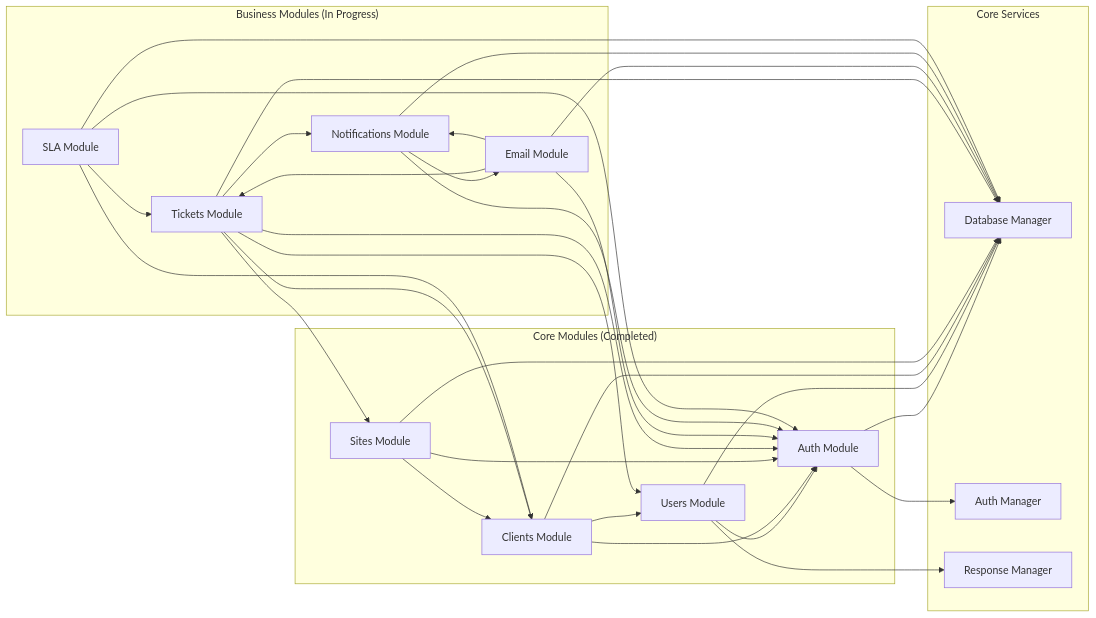
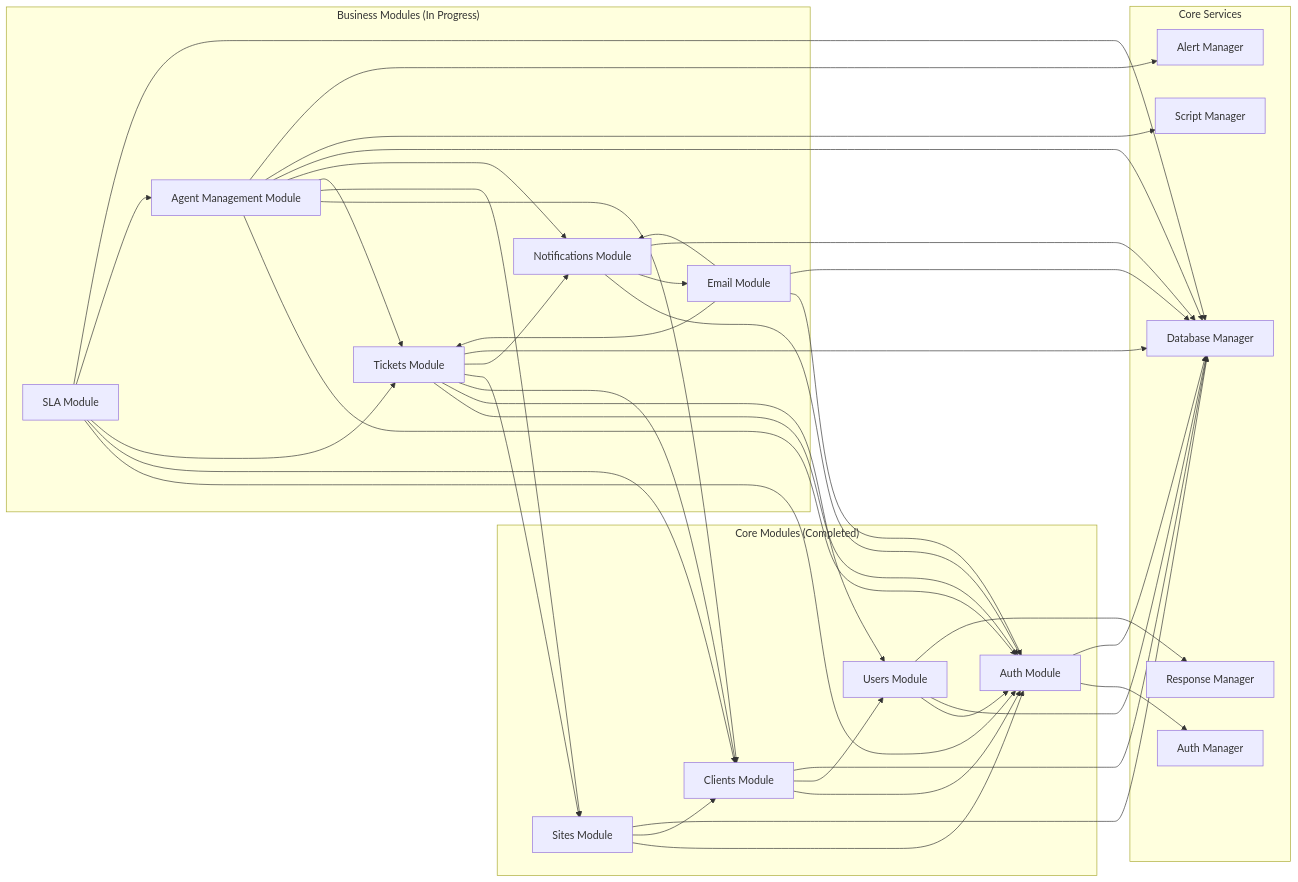
The second of 13 diagrams in LANET_HELPDESK_V3_SYSTEM_ARCHITECTURE.md (screege/lanet-helpdesk-modular), drawn with Mermaid before and after one commit. The commit also changed other lines of this file, not shown here.

First line of the commit message:
docs: Add comprehensive Agent System Architecture to documentation

````diff
--- a/LANET_HELPDESK_V3_SYSTEM_ARCHITECTURE.md
+++ b/LANET_HELPDESK_V3_SYSTEM_ARCHITECTURE.md
@@ -110,58 +137,71 @@
 ```mermaid
 graph LR
     subgraph "Core Modules (Completed)"
         AUTH[Auth Module]
         USERS[Users Module]
         CLIENTS[Clients Module]
         SITES[Sites Module]
     end
-    
+
     subgraph "Business Modules (In Progress)"
         TICKETS[Tickets Module]
         EMAIL[Email Module]
         NOTIF[Notifications Module]
+        AGENTS[Agent Management Module]
         SLA[SLA Module]
     end
-    
+
     subgraph "Core Services"
         DB[Database Manager]
         AUTH_SVC[Auth Manager]
         RESP[Response Manager]
+        SCRIPT_SVC[Script Manager]
+        ALERT_SVC[Alert Manager]
     end
-    
+
     AUTH --> AUTH_SVC
     AUTH --> DB
-    
+
     USERS --> AUTH
     USERS --> DB
     USERS --> RESP
-    
+
     CLIENTS --> AUTH
     CLIENTS --> USERS
     CLIENTS --> DB
-    
+
     SITES --> AUTH
     SITES --> CLIENTS
     SITES --> DB
-    
+
     TICKETS --> AUTH
     TICKETS --> USERS
     TICKETS --> CLIENTS
     TICKETS --> SITES
     TICKETS --> NOTIF
     TICKETS --> DB
-    
+
     EMAIL --> AUTH
     EMAIL --> TICKETS
     EMAIL --> NOTIF
     EMAIL --> DB
-    
+
     NOTIF --> AUTH
     NOTIF --> EMAIL
     NOTIF --> DB
-    
+
+    AGENTS --> AUTH
+    AGENTS --> CLIENTS
+    AGENTS --> SITES
+    AGENTS --> TICKETS
+    AGENTS --> NOTIF
+    AGENTS --> DB
+    AGENTS --> SCRIPT_SVC
+    AGENTS --> ALERT_SVC
+
     SLA --> AUTH
     SLA --> CLIENTS
     SLA --> TICKETS
+    SLA --> AGENTS
     SLA --> DB
 ```
````
